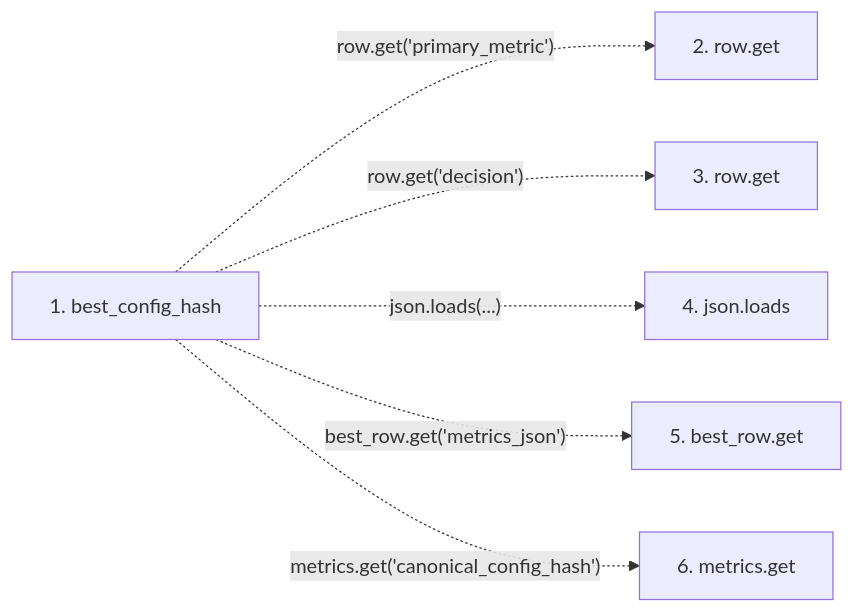
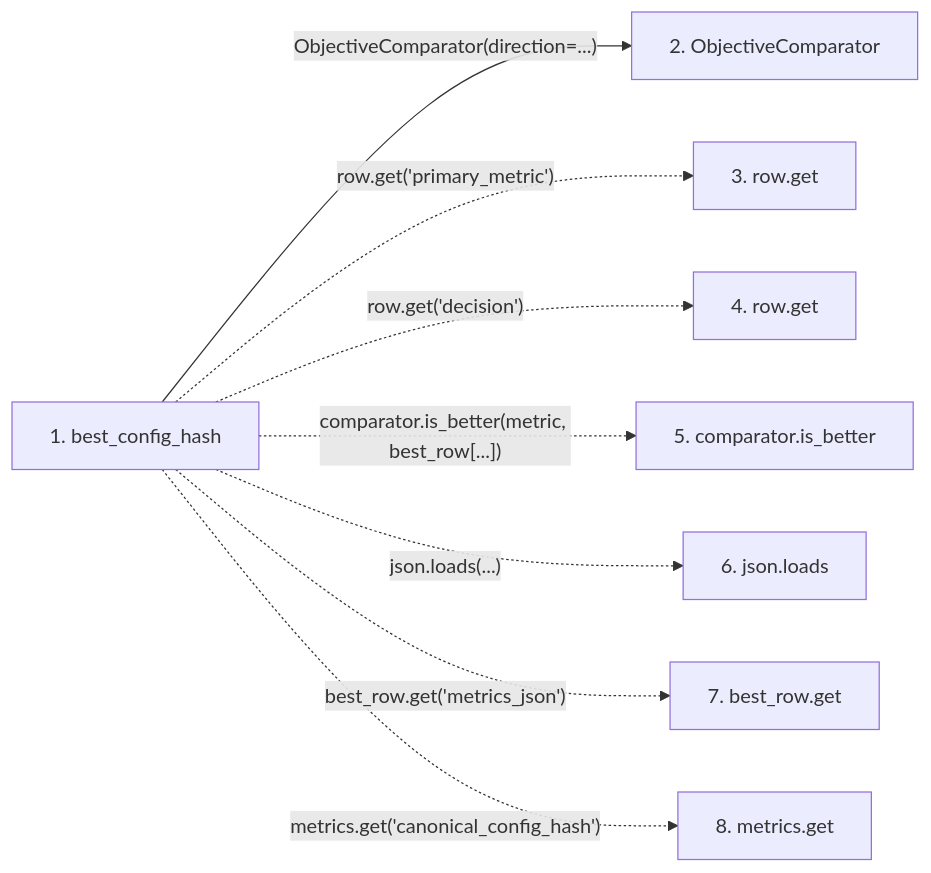
One commit to Denissvgn/autoresearch-agent changed the second of 2 diagrams in docs/llm_wiki/flows/api-best_config_hash.md. Above: the diagram before and after it, drawn with Mermaid. The commit also changed other lines of this file and 1033 other files, not shown here.

````diff
--- a/docs/llm_wiki/flows/api-best_config_hash.md
+++ b/docs/llm_wiki/flows/api-best_config_hash.md
@@ -34,15 +38,20 @@
 ```mermaid
 flowchart LR
     s1["1. best_config_hash"]
-    s2["2. row.get"]
+    s2["2. ObjectiveComparator"]
     s3["3. row.get"]
-    s4["4. json.loads"]
-    s5["5. best_row.get"]
-    s6["6. metrics.get"]
-    s1 -. "row.get('primary_metric')" .-> s2
-    s1 -. "row.get('decision')" .-> s3
-    s1 -. "json.loads(...)" .-> s4
-    s1 -. "best_row.get('metrics_json')" .-> s5
-    s1 -. "metrics.get('canonical_config_hash')" .-> s6
+    s4["4. row.get"]
+    s5["5. comparator.is_better"]
+    s6["6. json.loads"]
+    s7["7. best_row.get"]
+    s8["8. metrics.get"]
+    s1 -->|"ObjectiveComparator(direction=...)"| s2
+    s1 -. "row.get('primary_metric')" .-> s3
+    s1 -. "row.get('decision')" .-> s4
+    s1 -. "comparator.is_better(metric, best_row[...])" .-> s5
+    s1 -. "json.loads(...)" .-> s6
+    s1 -. "best_row.get('metrics_json')" .-> s7
+    s1 -. "metrics.get('canonical_config_hash')" .-> s8
     click s1 "../modules/significance.md"
+    click s2 "../modules/objective_comparator.md"
 ```
````
